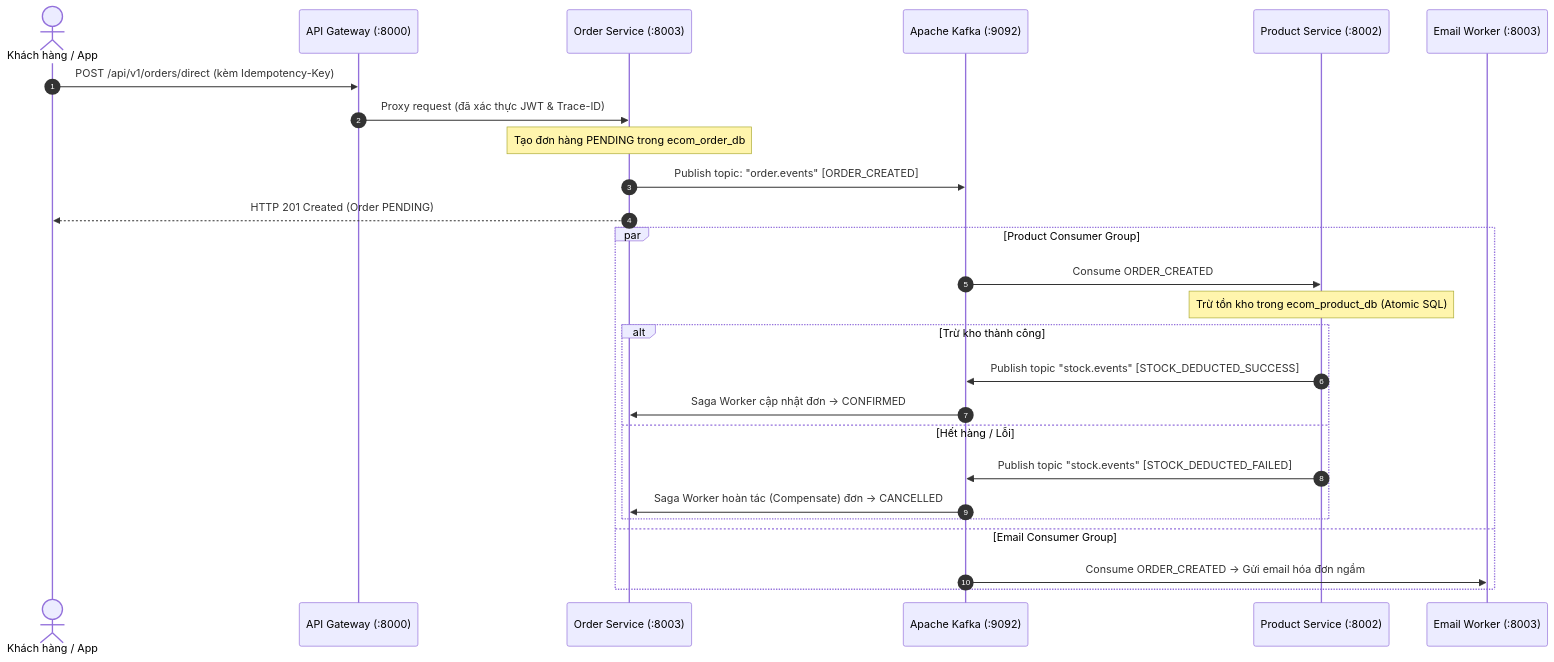
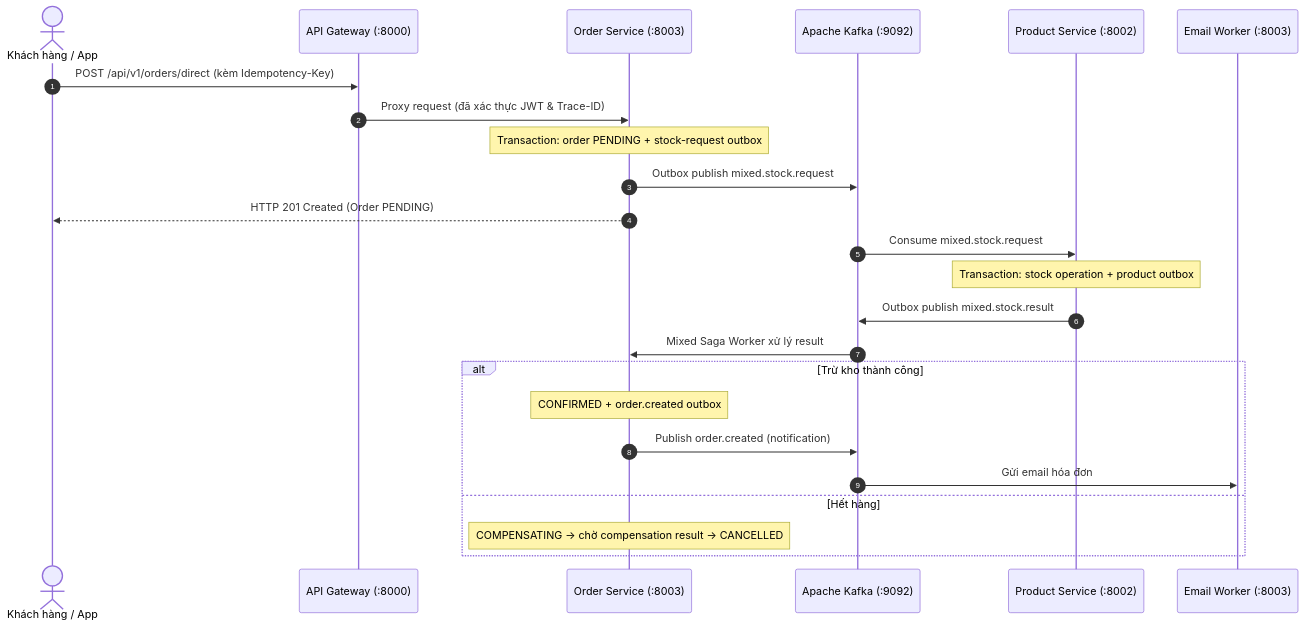
The diagram in backend/README.md (PearTNhat/microservice-ecomerce), drawn with Mermaid before and after one commit. The commit also changed other lines of this file and 52 other files, not shown here.

Commit message:
feat: add mixed order saga, outbox pattern, quote tokens, and batch flash sale offers across services and frontend

````diff
--- a/backend/README.md
+++ b/backend/README.md
@@ -58,30 +60,28 @@
 ```mermaid
 sequenceDiagram
     autonumber
     actor Client as Khách hàng / App
     participant Gateway as API Gateway (:8000)
     participant OrderSvc as Order Service (:8003)
     participant Kafka as Apache Kafka (:9092)
     participant ProductSvc as Product Service (:8002)
     participant EmailWorker as Email Worker (:8003)
 
     Client->>Gateway: POST /api/v1/orders/direct (kèm Idempotency-Key)
     Gateway->>OrderSvc: Proxy request (đã xác thực JWT & Trace-ID)
-    Note over OrderSvc: Tạo đơn hàng PENDING trong ecom_order_db
-    OrderSvc->>Kafka: Publish topic: "order.events" [ORDER_CREATED]
+    Note over OrderSvc: Transaction: order PENDING + stock-request outbox
+    OrderSvc->>Kafka: Outbox publish mixed.stock.request
     OrderSvc-->>Client: HTTP 201 Created (Order PENDING)
 
-    par Product Consumer Group
-        Kafka->>ProductSvc: Consume ORDER_CREATED
-        Note over ProductSvc: Trừ tồn kho trong ecom_product_db (Atomic SQL)
-        alt Trừ kho thành công
-            ProductSvc->>Kafka: Publish topic "stock.events" [STOCK_DEDUCTED_SUCCESS]
-            Kafka->>OrderSvc: Saga Worker cập nhật đơn -> CONFIRMED
-        else Hết hàng / Lỗi
-            ProductSvc->>Kafka: Publish topic "stock.events" [STOCK_DEDUCTED_FAILED]
-            Kafka->>OrderSvc: Saga Worker hoàn tác (Compensate) đơn -> CANCELLED
-        end
-    and Email Consumer Group
-        Kafka->>EmailWorker: Consume ORDER_CREATED -> Gửi email hóa đơn ngầm
+    Kafka->>ProductSvc: Consume mixed.stock.request
+    Note over ProductSvc: Transaction: stock operation + product outbox
+    ProductSvc->>Kafka: Outbox publish mixed.stock.result
+    Kafka->>OrderSvc: Mixed Saga Worker xử lý result
+    alt Trừ kho thành công
+        Note over OrderSvc: CONFIRMED + order.created outbox
+        OrderSvc->>Kafka: Publish order.created (notification)
+        Kafka->>EmailWorker: Gửi email hóa đơn
+    else Hết hàng
+        Note over OrderSvc: COMPENSATING -> chờ compensation result -> CANCELLED
     end
 ```
````
